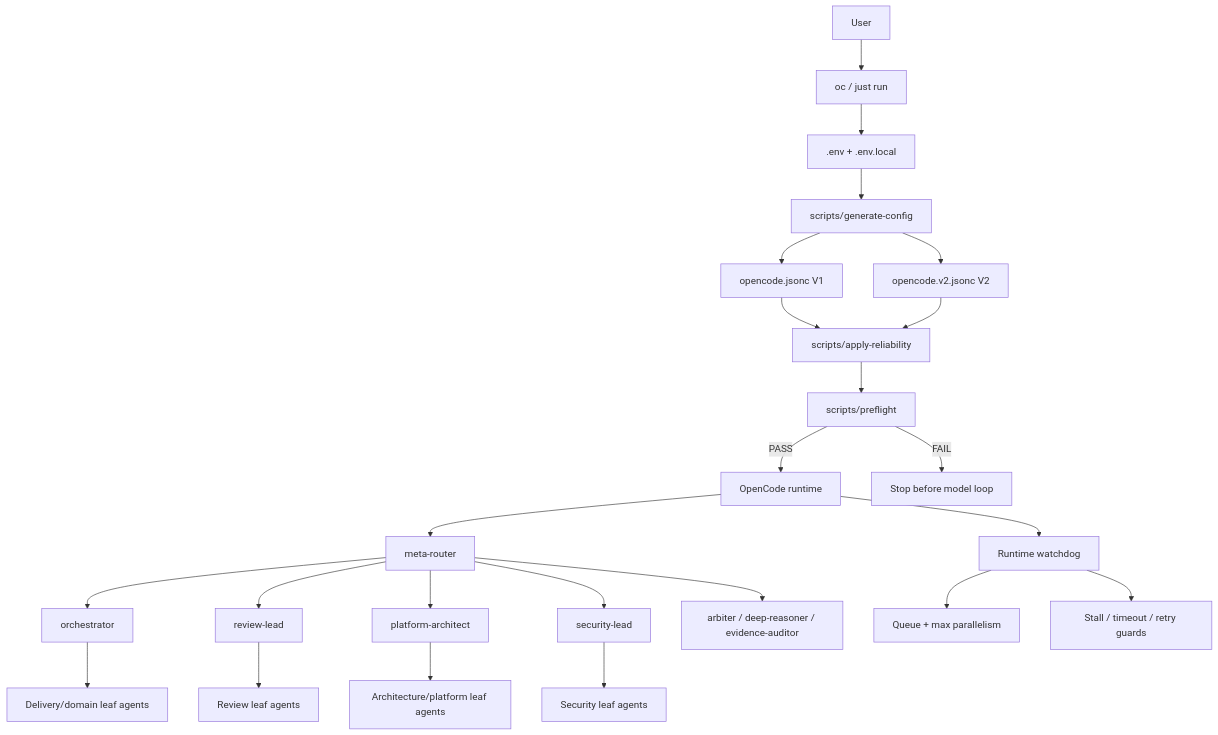
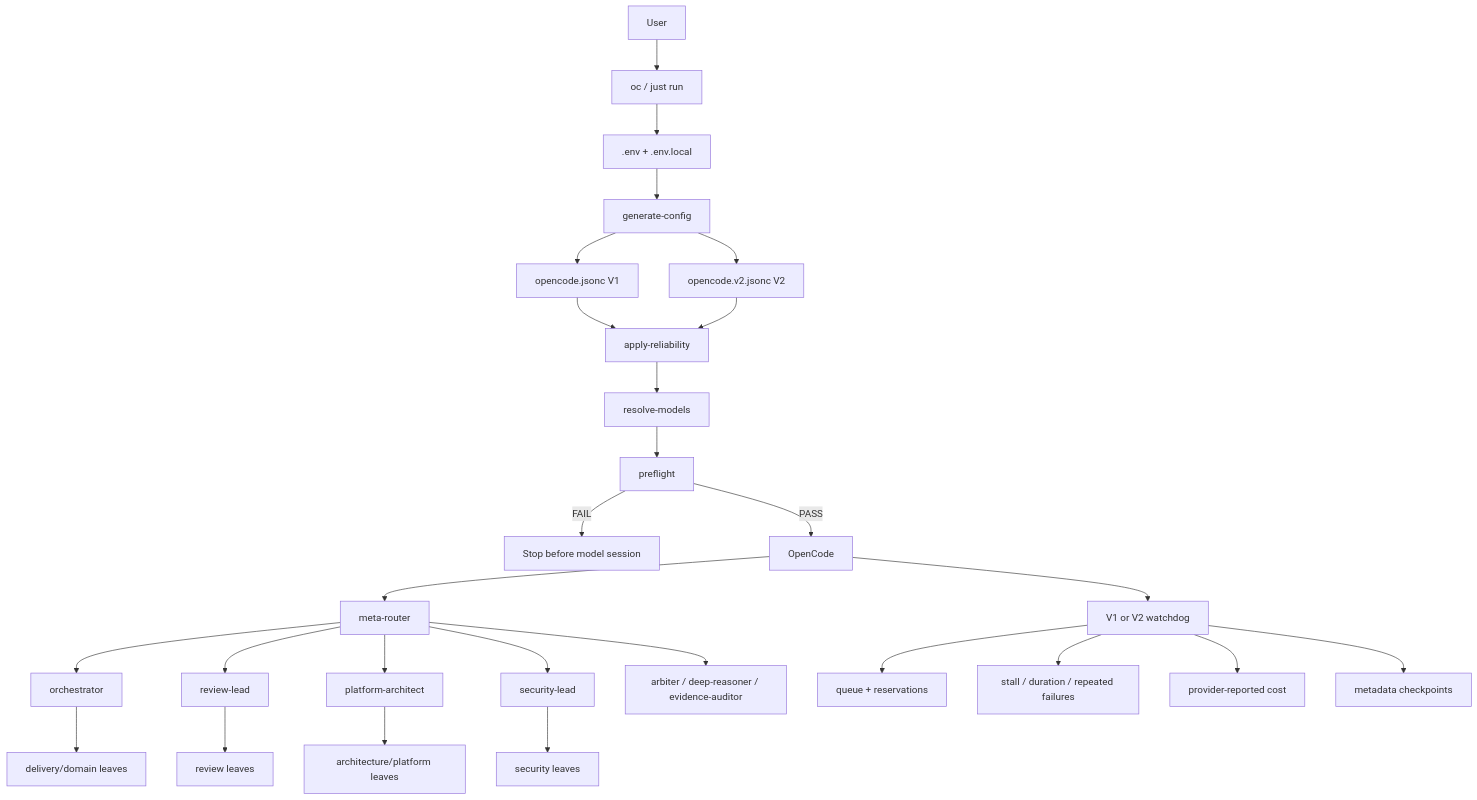
The first of 4 diagrams in docs/en/SYSTEM_ARCHITECTURE.md (ylascaux/opencode-agent-toolkit), drawn with Mermaid before and after one commit. The commit also changed other lines of this file, not shown here.

Commit message:
Align English system architecture with advanced guardrails

````diff
--- a/docs/en/SYSTEM_ARCHITECTURE.md
+++ b/docs/en/SYSTEM_ARCHITECTURE.md
@@ -26,29 +51,32 @@
 ```mermaid
 flowchart TD
     U[User] --> CLI[oc / just run]
     CLI --> ENV[.env + .env.local]
-    ENV --> GEN[scripts/generate-config]
+    ENV --> GEN[generate-config]
     GEN --> CFG1[opencode.jsonc V1]
     GEN --> CFG2[opencode.v2.jsonc V2]
-    CFG1 --> REL[scripts/apply-reliability]
+    CFG1 --> REL[apply-reliability]
     CFG2 --> REL
-    REL --> PF[scripts/preflight]
-    PF -->|PASS| OC[OpenCode runtime]
-    PF -->|FAIL| STOP[Stop before model loop]
+    REL --> MOD[resolve-models]
+    MOD --> PF[preflight]
+    PF -->|FAIL| STOP[Stop before model session]
+    PF -->|PASS| OC[OpenCode]
 
     OC --> MR[meta-router]
-    MR --> ORCH[orchestrator]
-    MR --> REV[review-lead]
-    MR --> ARCH[platform-architect]
-    MR --> SEC[security-lead]
-    MR --> ESC[arbiter / deep-reasoner / evidence-auditor]
+    MR --> O[orchestrator]
+    MR --> R[review-lead]
+    MR --> A[platform-architect]
+    MR --> S[security-lead]
+    MR --> E[arbiter / deep-reasoner / evidence-auditor]
 
-    ORCH --> L1[Delivery/domain leaf agents]
-    REV --> L2[Review leaf agents]
-    ARCH --> L3[Architecture/platform leaf agents]
-    SEC --> L4[Security leaf agents]
+    O --> DL[delivery/domain leaves]
+    R --> RL[review leaves]
+    A --> AL[architecture/platform leaves]
+    S --> SL[security leaves]
 
-    OC --> WD[Runtime watchdog]
-    WD --> Q[Queue + max parallelism]
-    WD --> STALL[Stall / timeout / retry guards]
+    OC --> W[V1 or V2 watchdog]
+    W --> Q[queue + reservations]
+    W --> ST[stall / duration / repeated failures]
+    W --> C[provider-reported cost]
+    W --> CP[metadata checkpoints]
 ```
````
